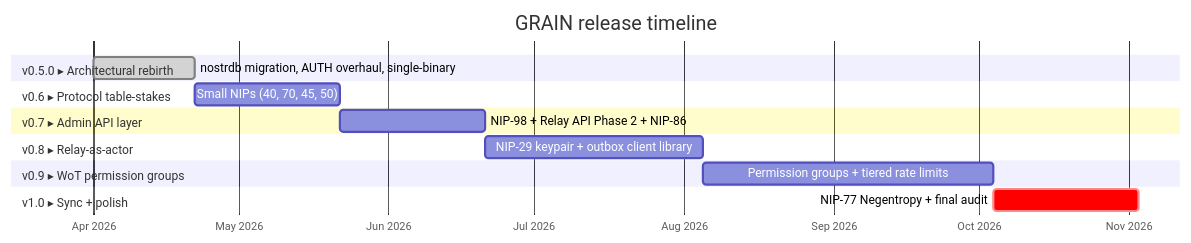
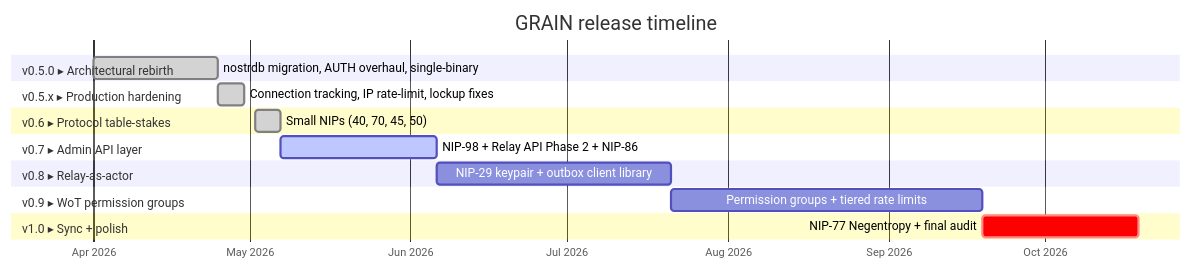
One commit to 0ceanSlim/grain changed the diagram in ROADMAP.md. Above: the diagram before and after it, drawn with Mermaid. The commit also changed other lines of this file, not shown here.

First line of the commit message:
update ROADMAP for v0.6.0 shipped, v0.7 current

````diff
--- a/ROADMAP.md
+++ b/ROADMAP.md
@@ -20,24 +20,27 @@
 ```mermaid
 gantt
     title GRAIN release timeline
     dateFormat  YYYY-MM-DD
     axisFormat  %b %Y
 
     section v0.5.0 ▸ Architectural rebirth
-    nostrdb migration, AUTH overhaul, single-binary    :done, v05, 2026-04-01, 2026-04-22
+    nostrdb migration, AUTH overhaul, single-binary    :done, v05, 2026-04-01, 2026-04-25
+
+    section v0.5.x ▸ Production hardening
+    Connection tracking, IP rate-limit, lockup fixes   :done, v05x, 2026-04-25, 2026-04-30
 
     section v0.6 ▸ Protocol table-stakes
-    Small NIPs (40, 70, 45, 50)                        :v06, after v05, 30d
+    Small NIPs (40, 70, 45, 50)                        :done, v06, 2026-05-02, 2026-05-07
 
     section v0.7 ▸ Admin API layer
-    NIP-98 + Relay API Phase 2 + NIP-86               :v07, after v06, 30d
+    NIP-98 + Relay API Phase 2 + NIP-86               :active, v07, after v06, 30d
 
     section v0.8 ▸ Relay-as-actor
     NIP-29 keypair + outbox client library            :v08, after v07, 45d
 
     section v0.9 ▸ WoT permission groups
     Permission groups + tiered rate limits            :v09, after v08, 60d
 
     section v1.0 ▸ Sync + polish
     NIP-77 Negentropy + final audit                    :crit, v10, after v09, 30d
 ```
````
